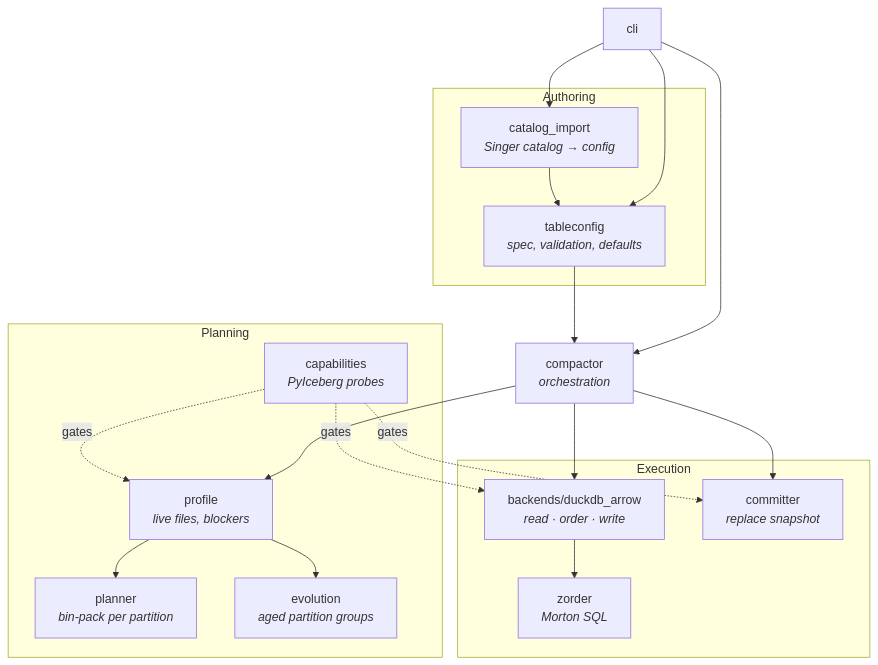
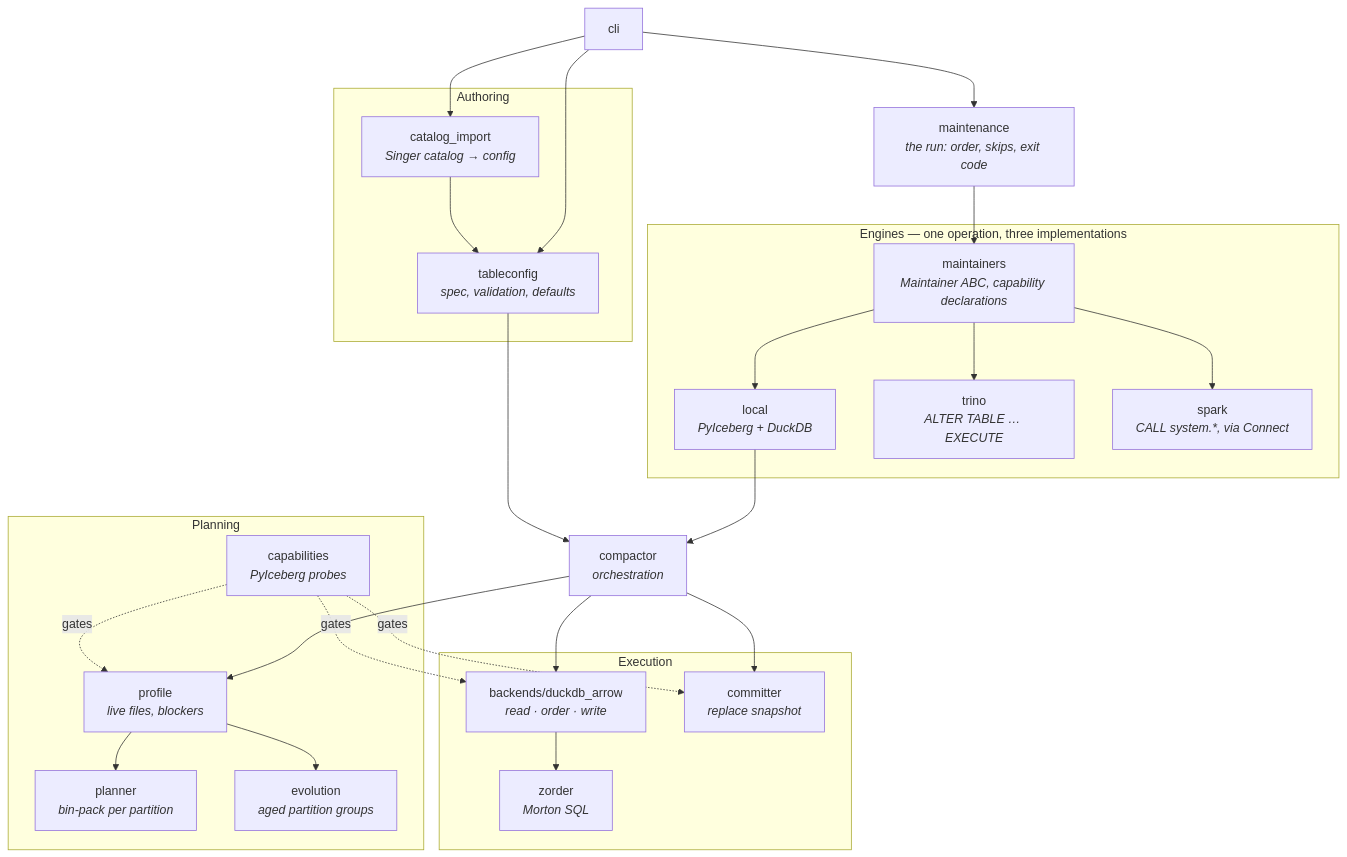
The second of 7 diagrams in docs/design.md (paulcaron16k/Zamboni), drawn with Mermaid before and after one commit. The commit also changed other lines of this file and 1 other file, not shown here.

First line of the commit message:
design.md: the engines shipped, and the config format moved on

````diff
--- a/docs/design.md
+++ b/docs/design.md
@@ -220,25 +221,34 @@
 ```mermaid
 flowchart TB
   subgraph Author["Authoring"]
     TC["tableconfig<br/><i>spec, validation, defaults</i>"]
     CI["catalog_import<br/><i>Singer catalog → config</i>"]
   end
   subgraph Decide["Planning"]
     PR["profile<br/><i>live files, blockers</i>"]
     PL["planner<br/><i>bin-pack per partition</i>"]
     EV["evolution<br/><i>aged partition groups</i>"]
     CAP["capabilities<br/><i>PyIceberg probes</i>"]
   end
   subgraph Do["Execution"]
     BE["backends/duckdb_arrow<br/><i>read · order · write</i>"]
     ZO["zorder<br/><i>Morton SQL</i>"]
     CM["committer<br/><i>replace snapshot</i>"]
   end
-  CLI["cli"] --> TC & CI & CO
-  CO["compactor<br/><i>orchestration</i>"] --> PR --> PL & EV
+  subgraph Engines["Engines — one operation, three implementations"]
+    MT["maintainers<br/><i>Maintainer ABC, capability declarations</i>"]
+    LO["local<br/><i>PyIceberg + DuckDB</i>"]
+    TR["trino<br/><i>ALTER TABLE … EXECUTE</i>"]
+    SP["spark<br/><i>CALL system.*, via Connect</i>"]
+  end
+  CLI["cli"] --> TC & CI & MN
+  MN["maintenance<br/><i>the run: order, skips, exit code</i>"] --> MT
+  MT --> LO & TR & SP
+  LO --> CO["compactor<br/><i>orchestration</i>"]
+  CO --> PR --> PL & EV
   CO --> BE --> ZO
   CO --> CM
   CAP -.gates.-> CM & BE & PR
   TC --> CO
   CI --> TC
 ```
````
